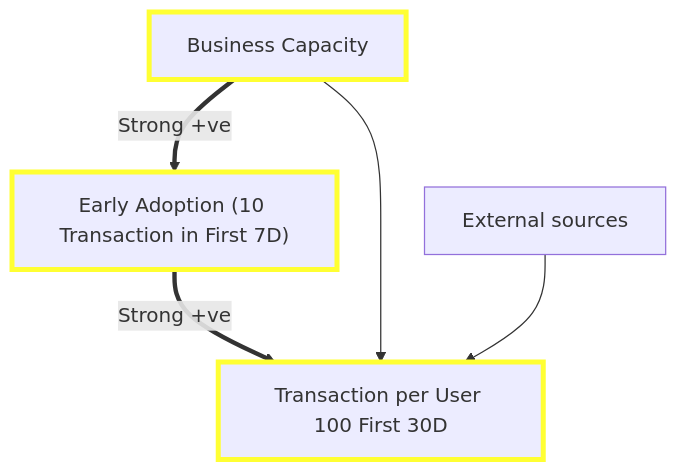
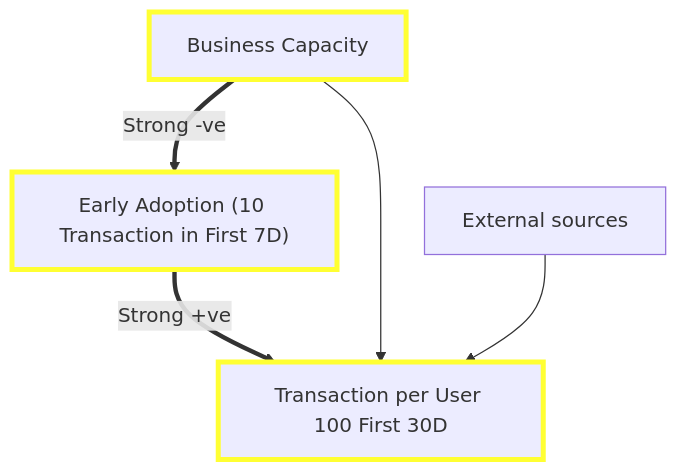
Before and after one commit to eralddavid/causal-diagram-test: the diagram in causal_model.md, drawn with Mermaid. The commit also changed 1 other file, not shown here.

Commit message:
Oh God please be final push

````diff
--- a/causal_model.md
+++ b/causal_model.md
@@ -1,15 +1,15 @@
 ```mermaid
 graph TD
     A["Early Adoption (10 Transaction in First 7D)"]
     B["Business Capacity"]
     C["External sources"]
     D["Transaction per User 100 First 30D"]
 
-    B ==>|Strong +ve| A
+    B ==>|Strong -ve| A
     A ==>|Strong +ve| D
     B --> D
     C --> D
 
     classDef strongRelation stroke:#ff3,stroke-width:4px;
     class A,B,D strongRelation;
 ```
````
